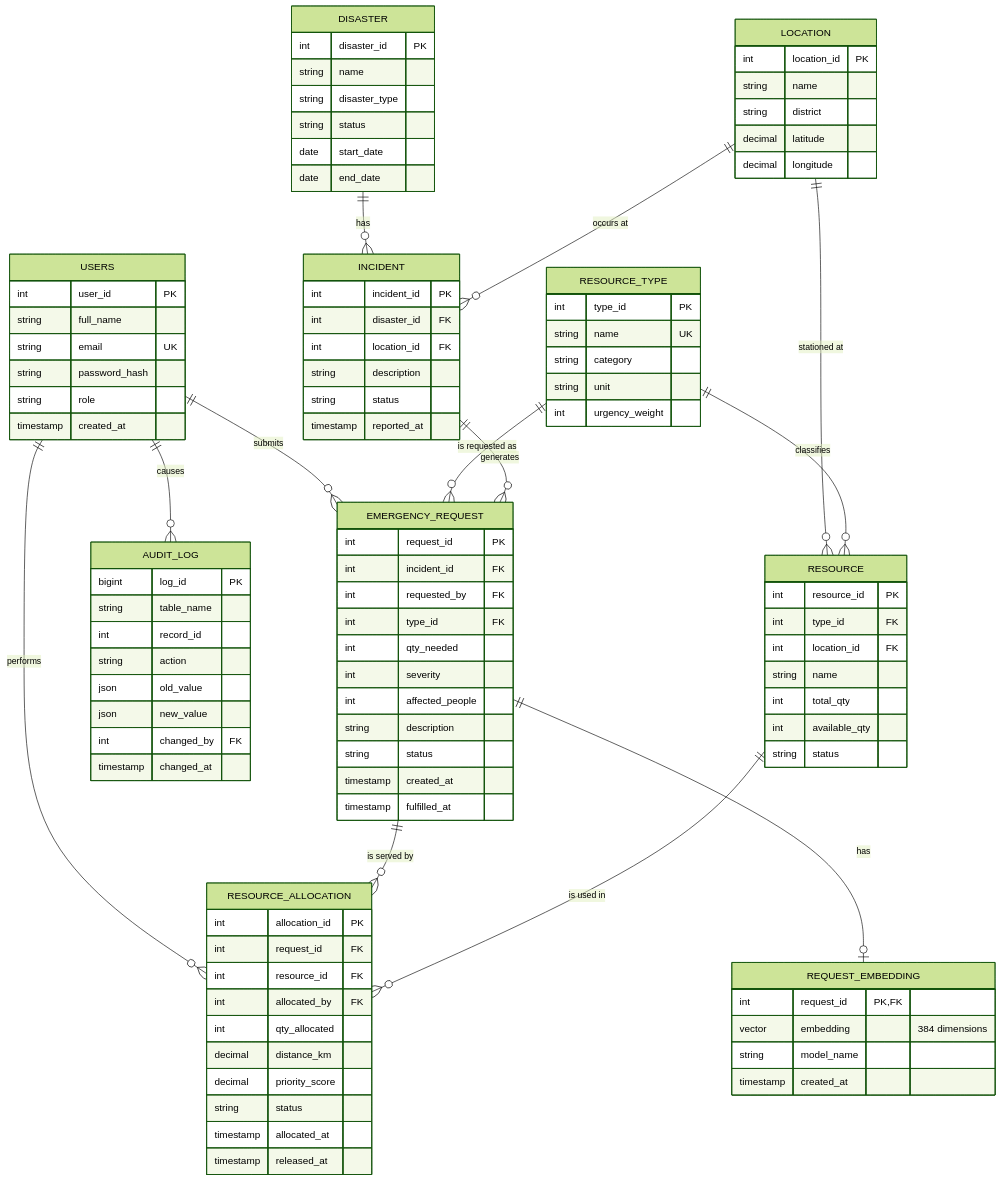
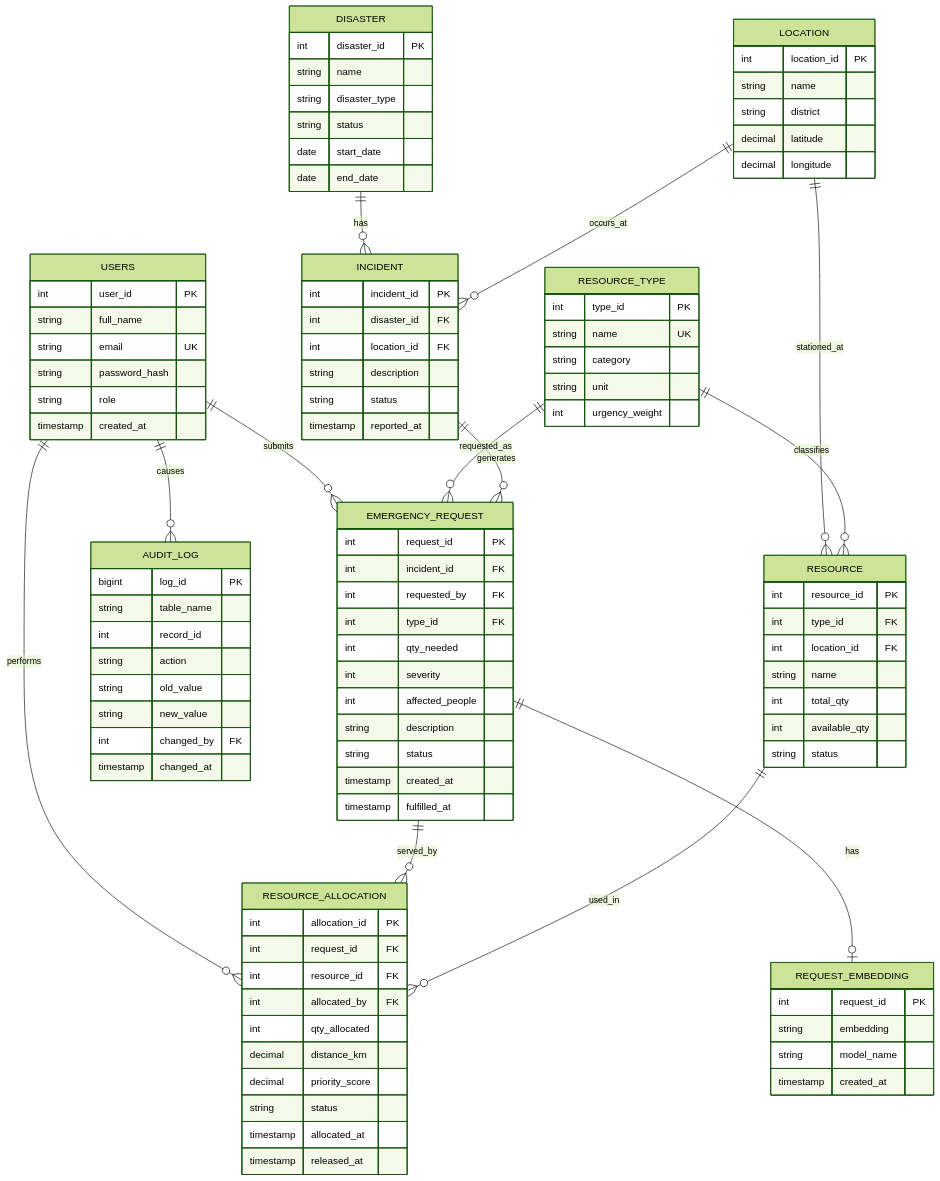
The diagram in docs/02_er_diagram.md (sunidhishekar-create/ResQNet_DBMS_project), drawn with Mermaid (forest theme) before and after one commit. The commit also changed other lines of this file, not shown here.

Commit message:
docs: fix ER diagram for mermaid rendering

```diff
--- a/docs/02_er_diagram.md
+++ b/docs/02_er_diagram.md
@@ -5,15 +5,15 @@
     USERS ||--o{ EMERGENCY_REQUEST : submits
     USERS ||--o{ RESOURCE_ALLOCATION : performs
     USERS ||--o{ AUDIT_LOG : causes
-    DISASTER ||--o{ INCIDENT : "has"
-    LOCATION ||--o{ INCIDENT : "occurs at"
-    LOCATION ||--o{ RESOURCE : "stationed at"
+    DISASTER ||--o{ INCIDENT : has
+    LOCATION ||--o{ INCIDENT : occurs_at
+    LOCATION ||--o{ RESOURCE : stationed_at
     RESOURCE_TYPE ||--o{ RESOURCE : classifies
-    RESOURCE_TYPE ||--o{ EMERGENCY_REQUEST : "is requested as"
+    RESOURCE_TYPE ||--o{ EMERGENCY_REQUEST : requested_as
     INCIDENT ||--o{ EMERGENCY_REQUEST : generates
-    EMERGENCY_REQUEST ||--o{ RESOURCE_ALLOCATION : "is served by"
-    RESOURCE ||--o{ RESOURCE_ALLOCATION : "is used in"
-    EMERGENCY_REQUEST ||--o| REQUEST_EMBEDDING : "has"
+    EMERGENCY_REQUEST ||--o{ RESOURCE_ALLOCATION : served_by
+    RESOURCE ||--o{ RESOURCE_ALLOCATION : used_in
+    EMERGENCY_REQUEST ||--o| REQUEST_EMBEDDING : has
 
     USERS {
         int user_id PK
@@ -92,14 +92,14 @@
         string table_name
         int record_id
         string action
-        json old_value
-        json new_value
+        string old_value
+        string new_value
         int changed_by FK
         timestamp changed_at
     }
     REQUEST_EMBEDDING {
-        int request_id PK, FK
-        vector embedding "384 dimensions"
+        int request_id PK
+        string embedding
         string model_name
         timestamp created_at
     }
```
